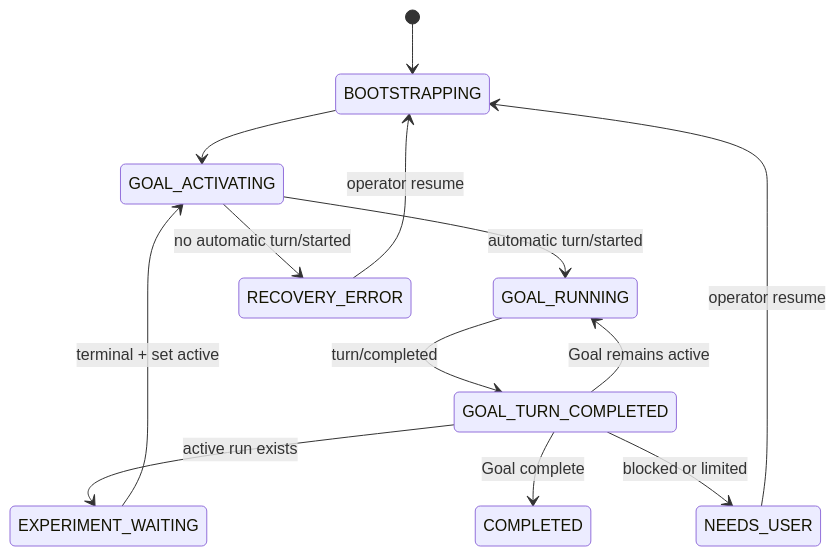
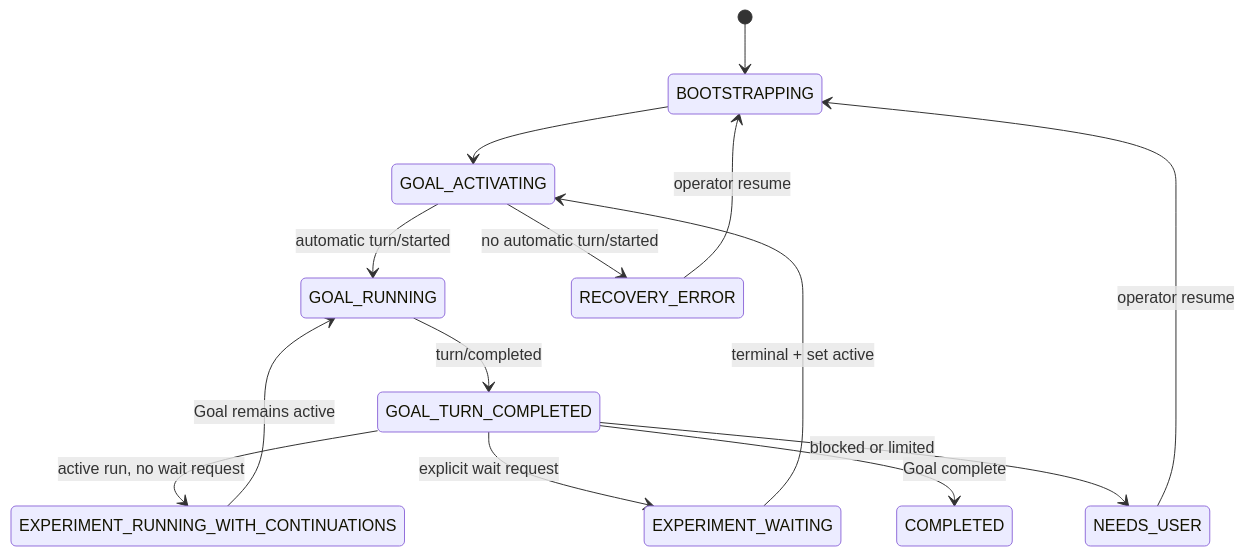
Before and after one commit to dollarser/codex-auto-research: the third of 3 diagrams in docs/AUTO_RESEARCH_SUPERVISOR_SCHEDULER_DESIGN.md, drawn with Mermaid. The commit also changed other lines of this file and 8 other files, not shown here.

Commit message:
fix: allow goal work while experiments run

````diff
--- a/docs/AUTO_RESEARCH_SUPERVISOR_SCHEDULER_DESIGN.md
+++ b/docs/AUTO_RESEARCH_SUPERVISOR_SCHEDULER_DESIGN.md
@@ -102,15 +174,16 @@
 ```mermaid
 stateDiagram-v2
     [*] --> BOOTSTRAPPING
     BOOTSTRAPPING --> GOAL_ACTIVATING
     GOAL_ACTIVATING --> GOAL_RUNNING: automatic turn/started
     GOAL_ACTIVATING --> RECOVERY_ERROR: no automatic turn/started
     GOAL_RUNNING --> GOAL_TURN_COMPLETED: turn/completed
-    GOAL_TURN_COMPLETED --> EXPERIMENT_WAITING: active run exists
-    GOAL_TURN_COMPLETED --> GOAL_RUNNING: Goal remains active
+    GOAL_TURN_COMPLETED --> EXPERIMENT_RUNNING_WITH_CONTINUATIONS: active run, no wait request
+    EXPERIMENT_RUNNING_WITH_CONTINUATIONS --> GOAL_RUNNING: Goal remains active
+    GOAL_TURN_COMPLETED --> EXPERIMENT_WAITING: explicit wait request
     GOAL_TURN_COMPLETED --> COMPLETED: Goal complete
     GOAL_TURN_COMPLETED --> NEEDS_USER: blocked or limited
     EXPERIMENT_WAITING --> GOAL_ACTIVATING: terminal + set active
     NEEDS_USER --> BOOTSTRAPPING: operator resume
     RECOVERY_ERROR --> BOOTSTRAPPING: operator resume
 ```
````
